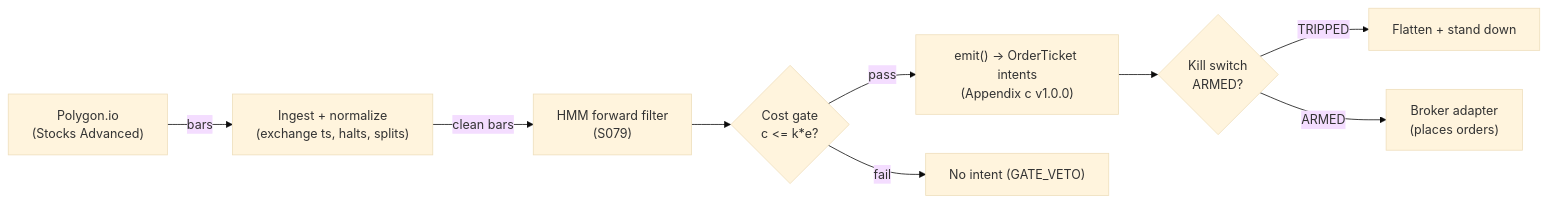
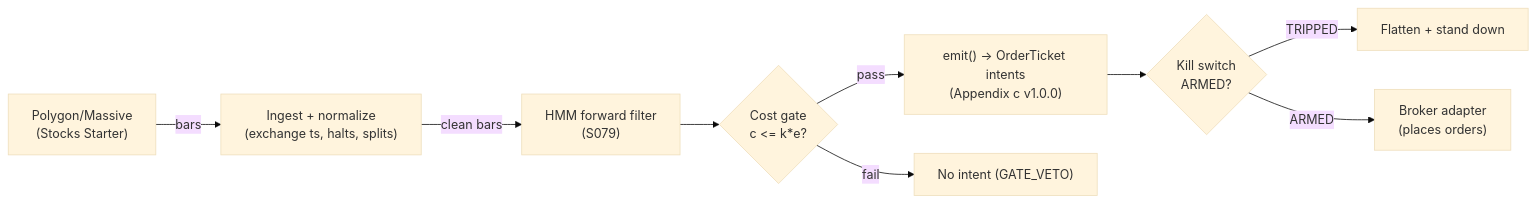
One commit to praveenguptahcl/quant-signals-deep changed the diagram in modules/strategies/T053.md. Above: the diagram before and after it, drawn with Mermaid (base theme). The commit also changed other lines of this file and 275 other files, not shown here.

````diff
--- a/modules/strategies/T053.md
+++ b/modules/strategies/T053.md
@@ -417,12 +445,12 @@
 ```mermaid
 flowchart LR
-    FEED["Polygon.io\n(Stocks Advanced)"] -->|bars| ING["Ingest + normalize\n(exchange ts, halts, splits)"]
+    FEED["Polygon/Massive\n(Stocks Starter)"] -->|bars| ING["Ingest + normalize\n(exchange ts, halts, splits)"]
     ING -->|clean bars| SIG["HMM forward filter
 (S079)"]
     SIG --> GATE{"Cost gate\nc <= k*e?"}
     GATE -->|pass| EMIT["emit() -> OrderTicket intents\n(Appendix c v1.0.0)"]
     GATE -->|fail| DROP["No intent (GATE_VETO)"]
     EMIT --> KILL{"Kill switch\nARMED?"}
     KILL -->|TRIPPED| FLAT["Flatten + stand down"]
     KILL -->|ARMED| OUT["Broker adapter\n(places orders)"]
 ```
````
